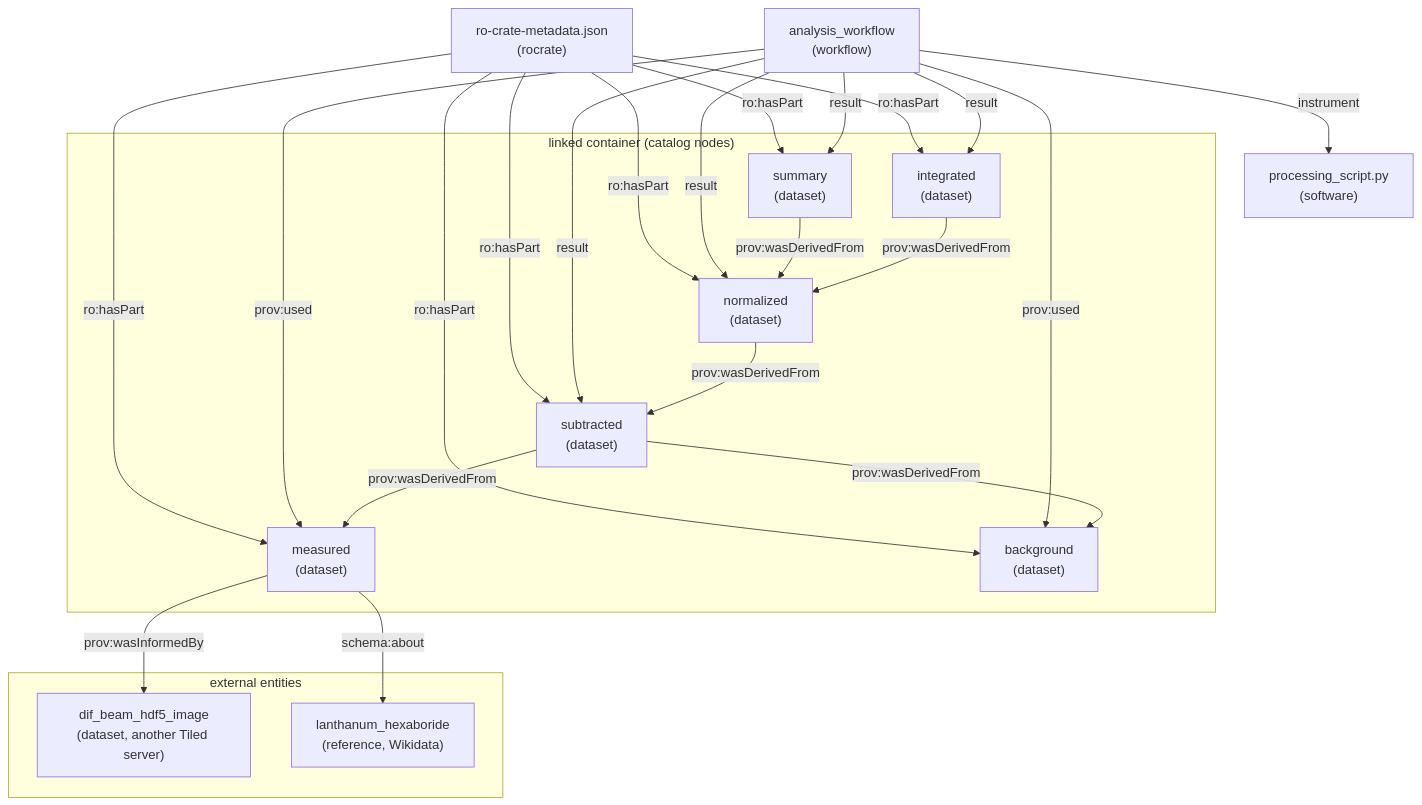
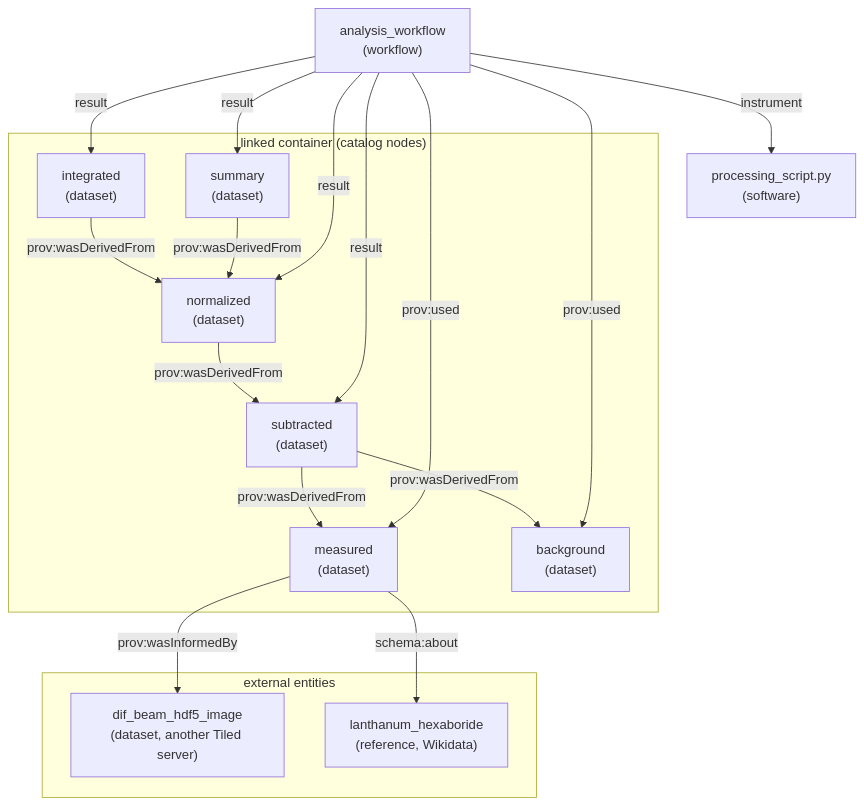
Before and after one commit to bluesky/tiled: the diagram in docs/source/user-guide/graph-and-links.md, drawn with Mermaid. The commit also changed other lines of this file, not shown here.

Commit message:
DOC: tighten graph tutorial prose and simplify demo-graph diagram

````diff
--- a/docs/source/user-guide/graph-and-links.md
+++ b/docs/source/user-guide/graph-and-links.md
@@ -45,44 +45,36 @@
 ```{mermaid}
 flowchart TD
     subgraph linked["linked container (catalog nodes)"]
         measured["measured<br/>(dataset)"]
         background["background<br/>(dataset)"]
         subtracted["subtracted<br/>(dataset)"]
         normalized["normalized<br/>(dataset)"]
         integrated["integrated<br/>(dataset)"]
         summary["summary<br/>(dataset)"]
     end
 
     subgraph ext["external entities"]
         beam["dif_beam_hdf5_image<br/>(dataset, another Tiled server)"]
         sample["lanthanum_hexaboride<br/>(reference, Wikidata)"]
     end
 
     workflow["analysis_workflow<br/>(workflow)"]
     script["processing_script.py<br/>(software)"]
-    crate["ro-crate-metadata.json<br/>(rocrate)"]
 
     subtracted -->|prov:wasDerivedFrom| measured
     subtracted -->|prov:wasDerivedFrom| background
     normalized -->|prov:wasDerivedFrom| subtracted
     integrated -->|prov:wasDerivedFrom| normalized
     summary -->|prov:wasDerivedFrom| normalized
 
     measured -->|prov:wasInformedBy| beam
     measured -->|schema:about| sample
 
     workflow -->|instrument| script
     workflow -->|prov:used| measured
     workflow -->|prov:used| background
     workflow -->|result| subtracted
     workflow -->|result| normalized
     workflow -->|result| integrated
     workflow -->|result| summary
-
-    crate -->|ro:hasPart| measured
-    crate -->|ro:hasPart| background
-    crate -->|ro:hasPart| subtracted
-    crate -->|ro:hasPart| normalized
-    crate -->|ro:hasPart| integrated
-    crate -->|ro:hasPart| summary
 ```
````
